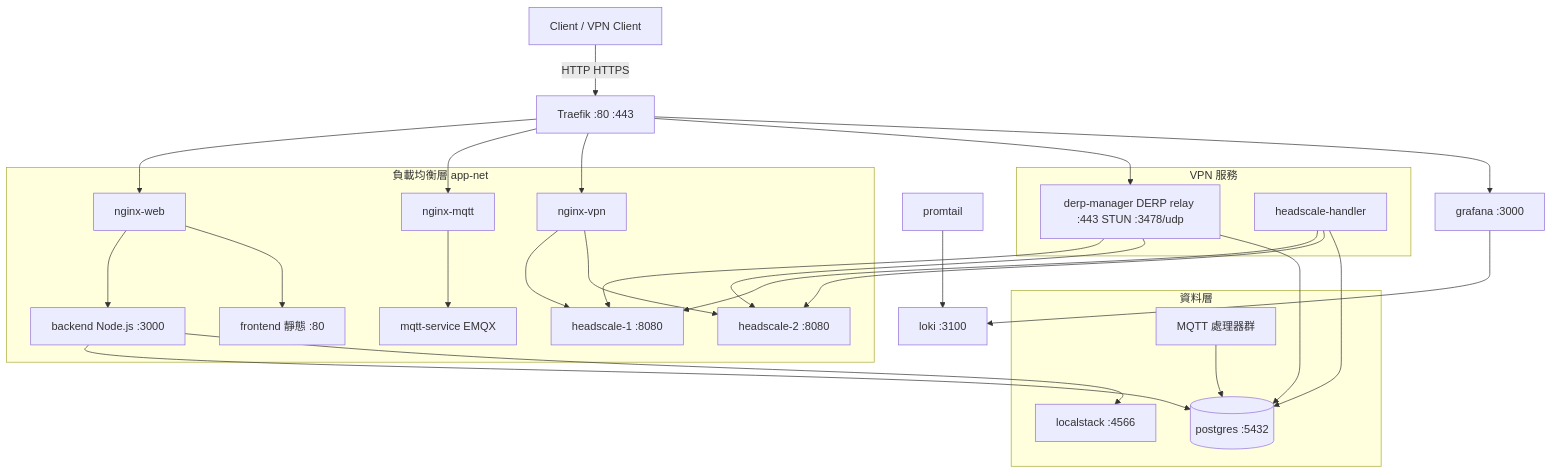
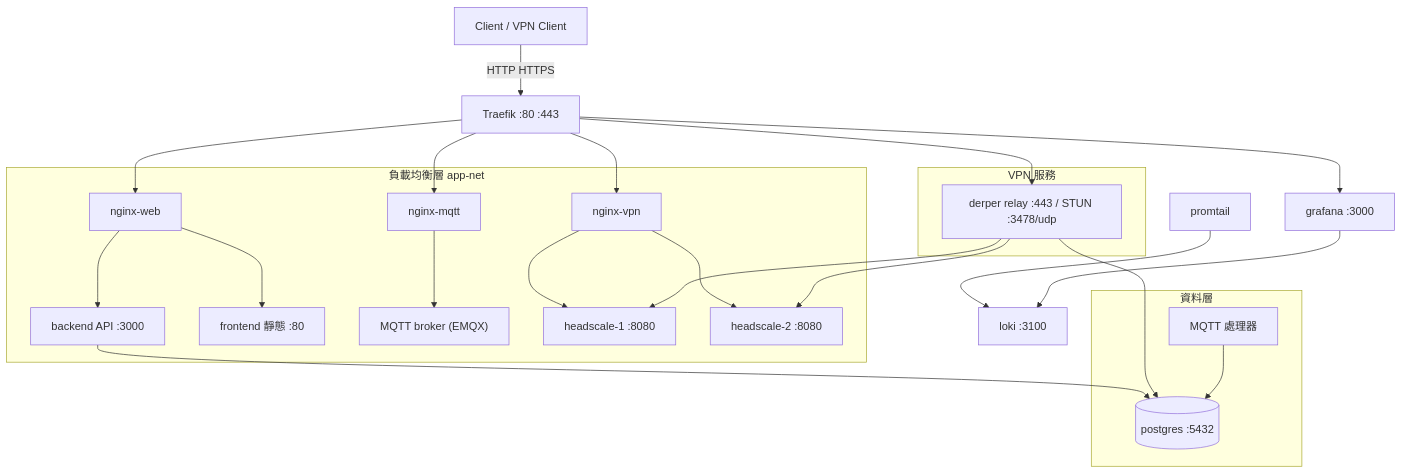
Before and after one commit to G36maid/g36maid-blog: the first of 2 diagrams in src/content/post/quicklink-vpn-architecture.md, drawn with Mermaid. The commit also changed other lines of this file, not shown here.

Commit message:
Rewrite quicklink-vpn-architecture as generic open-source-based architecture article

````diff
--- a/src/content/post/quicklink-vpn-architecture.md
+++ b/src/content/post/quicklink-vpn-architecture.md
@@ -26,42 +23,36 @@
 ```mermaid
 graph TB
     Client["Client / VPN Client"] -->|HTTP HTTPS| Traefik["Traefik :80 :443"]
 
     subgraph LB["負載均衡層 app-net"]
-        NW["nginx-web"] --> BE["backend Node.js :3000"]
+        NW["nginx-web"] --> BE["backend API :3000"]
         NW --> FE["frontend 靜態 :80"]
-        NM["nginx-mqtt"] --> MS["mqtt-service EMQX"]
+        NM["nginx-mqtt"] --> MS["MQTT broker (EMQX)"]
         NV["nginx-vpn"] --> HS1["headscale-1 :8080"]
         NV --> HS2["headscale-2 :8080"]
     end
 
     subgraph VPN["VPN 服務"]
-        DM["derp-manager DERP relay :443 STUN :3478/udp"]
-        HSH["headscale-handler"]
+        DM["derper relay :443 / STUN :3478/udp"]
     end
 
     subgraph DATA["資料層"]
         PG[(postgres :5432)]
-        LS["localstack :4566"]
-        MQ["MQTT 處理器群"]
+        MQ["MQTT 處理器"]
     end
 
     Traefik --> NW
     Traefik --> NM
     Traefik --> NV
     Traefik --> DM
     Traefik --> GR["grafana :3000"]
 
     BE --> PG
-    BE --> LS
-    HSH --> HS1
-    HSH --> HS2
-    HSH --> PG
     DM --> HS1
     DM --> HS2
     DM --> PG
     MQ --> PG
 
     PT["promtail"] --> LK["loki :3100"]
     GR --> LK
 ```
````
